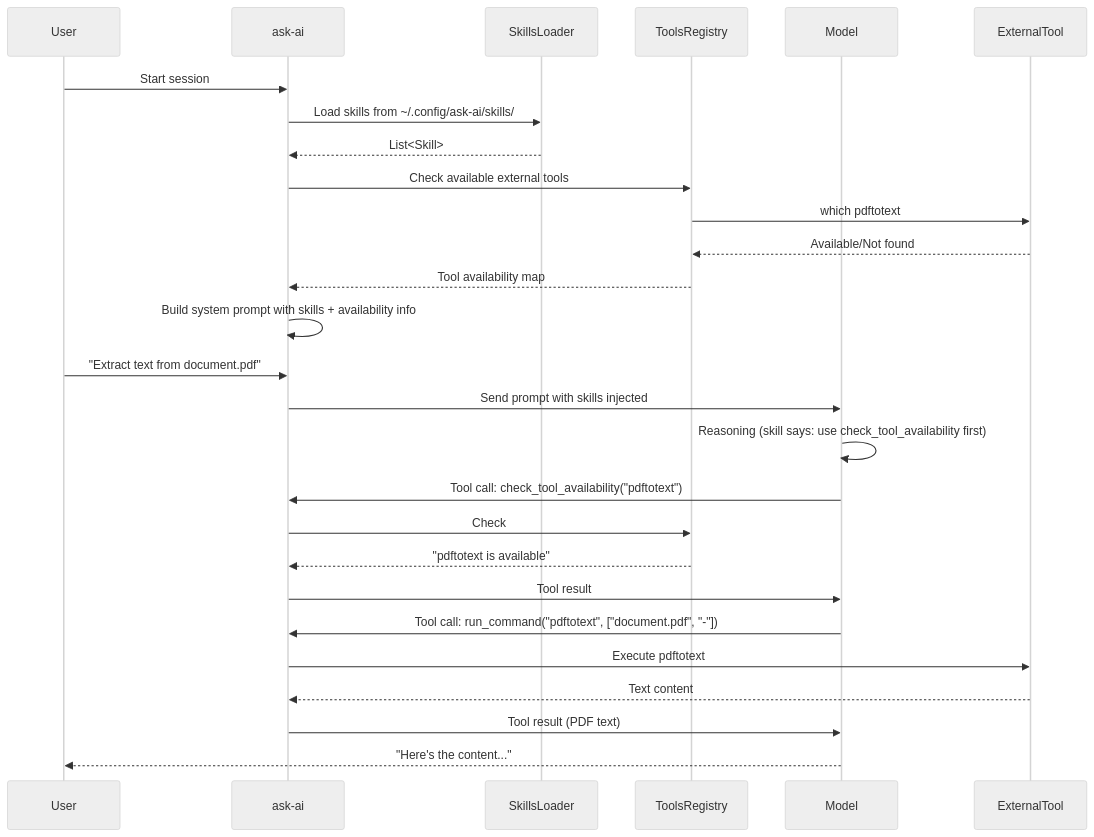
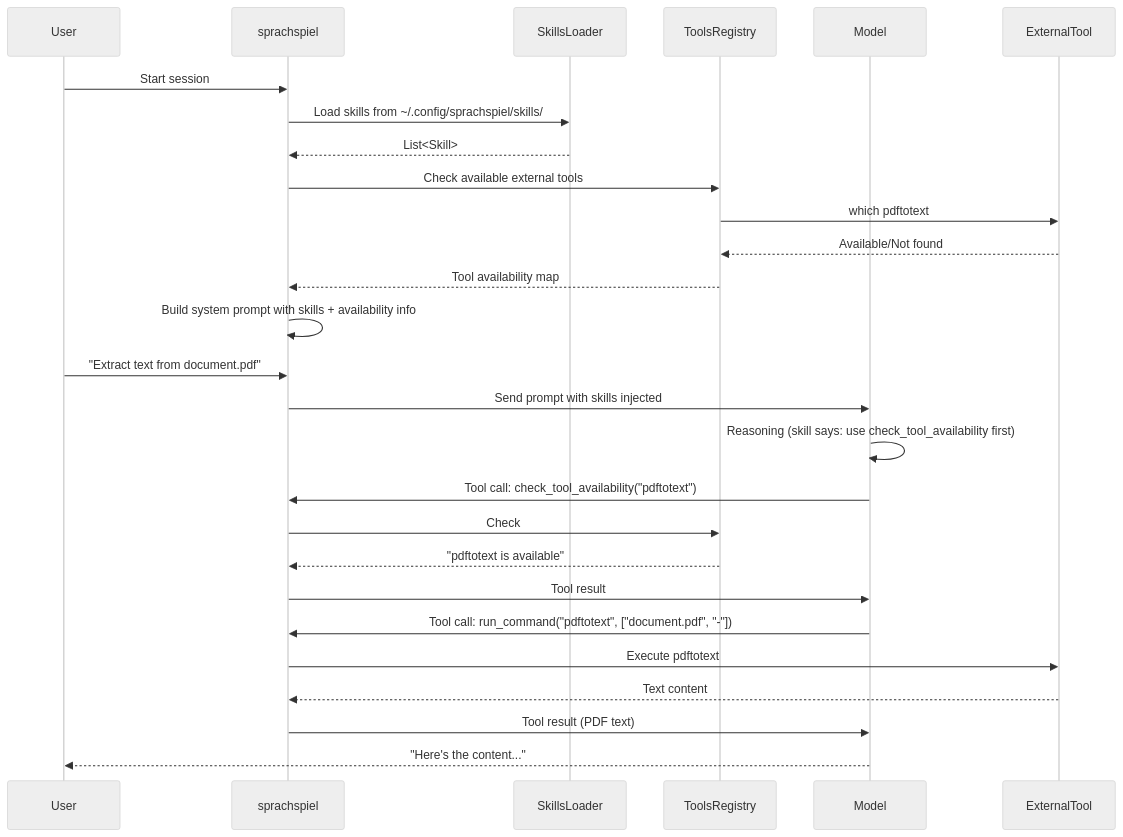
Before and after one commit to luksamuk/sprachspiel: the diagram in doc/src/development/skills-system-design.md, drawn with Mermaid (neutral theme). The commit also changed other lines of this file and 112 other files, not shown here.

First line of the commit message:
feat: complete rename from ask-ai to sprachspiel (Issue #126)

````diff
--- a/doc/src/development/skills-system-design.md
+++ b/doc/src/development/skills-system-design.md
@@ -157,31 +157,31 @@
 ```mermaid
 sequenceDiagram
     participant User
-    participant ask-ai
+    participant sprachspiel
     participant SkillsLoader
     participant ToolsRegistry
     participant Model
     participant ExternalTool
 
-    User->>ask-ai: Start session
-    ask-ai->>SkillsLoader: Load skills from ~/.config/ask-ai/skills/
-    SkillsLoader-->>ask-ai: List<Skill>
-    ask-ai->>ToolsRegistry: Check available external tools
+    User->>sprachspiel: Start session
+    sprachspiel->>SkillsLoader: Load skills from ~/.config/sprachspiel/skills/
+    SkillsLoader-->>sprachspiel: List<Skill>
+    sprachspiel->>ToolsRegistry: Check available external tools
     ToolsRegistry->>ExternalTool: which pdftotext
     ExternalTool-->>ToolsRegistry: Available/Not found
-    ToolsRegistry-->>ask-ai: Tool availability map
-    ask-ai->>ask-ai: Build system prompt with skills + availability info
+    ToolsRegistry-->>sprachspiel: Tool availability map
+    sprachspiel->>sprachspiel: Build system prompt with skills + availability info
     
-    User->>ask-ai: "Extract text from document.pdf"
-    ask-ai->>Model: Send prompt with skills injected
+    User->>sprachspiel: "Extract text from document.pdf"
+    sprachspiel->>Model: Send prompt with skills injected
     Model->>Model: Reasoning (skill says: use check_tool_availability first)
-    Model->>ask-ai: Tool call: check_tool_availability("pdftotext")
-    ask-ai->>ToolsRegistry: Check
-    ToolsRegistry-->>ask-ai: "pdftotext is available"
-    ask-ai->>Model: Tool result
-    Model->>ask-ai: Tool call: run_command("pdftotext", ["document.pdf", "-"])
-    ask-ai->>ExternalTool: Execute pdftotext
-    ExternalTool-->>ask-ai: Text content
-    ask-ai->>Model: Tool result (PDF text)
+    Model->>sprachspiel: Tool call: check_tool_availability("pdftotext")
+    sprachspiel->>ToolsRegistry: Check
+    ToolsRegistry-->>sprachspiel: "pdftotext is available"
+    sprachspiel->>Model: Tool result
+    Model->>sprachspiel: Tool call: run_command("pdftotext", ["document.pdf", "-"])
+    sprachspiel->>ExternalTool: Execute pdftotext
+    ExternalTool-->>sprachspiel: Text content
+    sprachspiel->>Model: Tool result (PDF text)
     Model-->>User: "Here's the content..."
 ```
````
